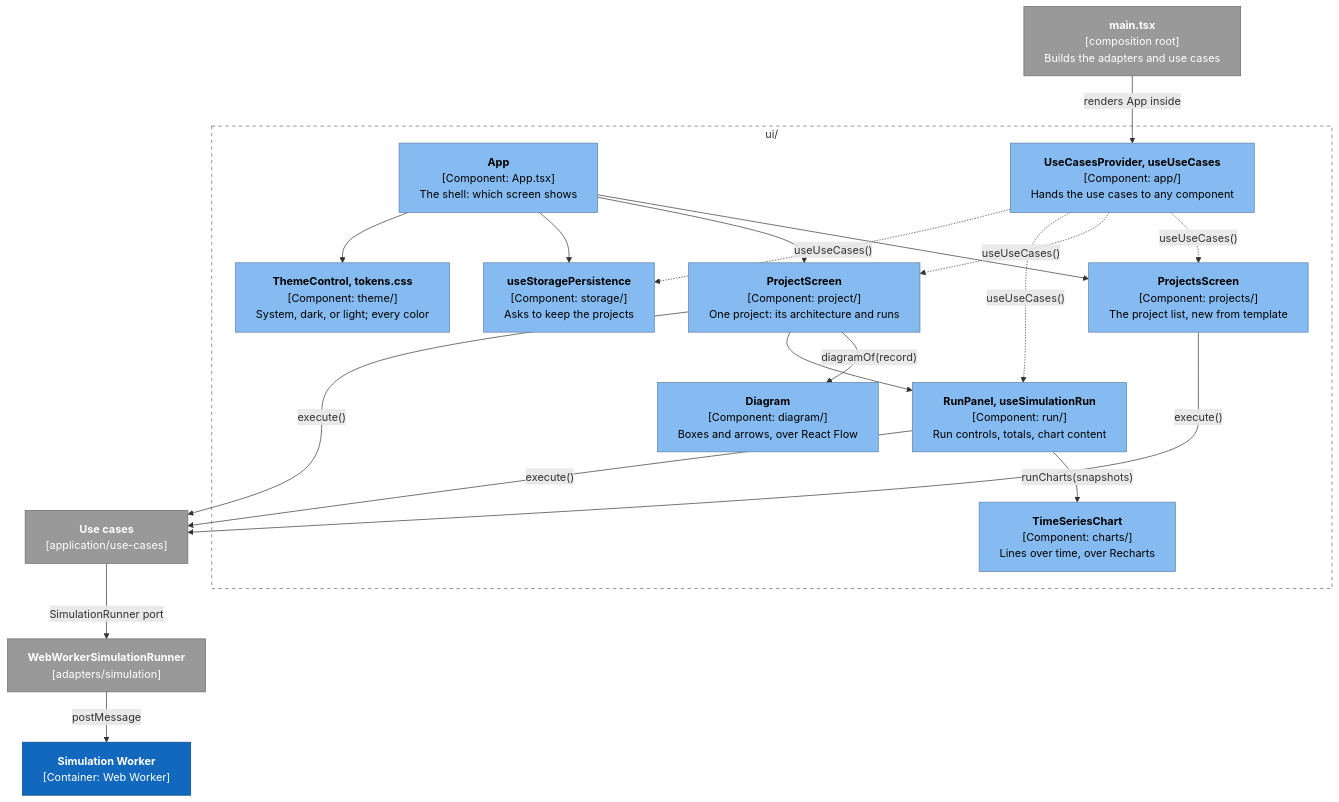
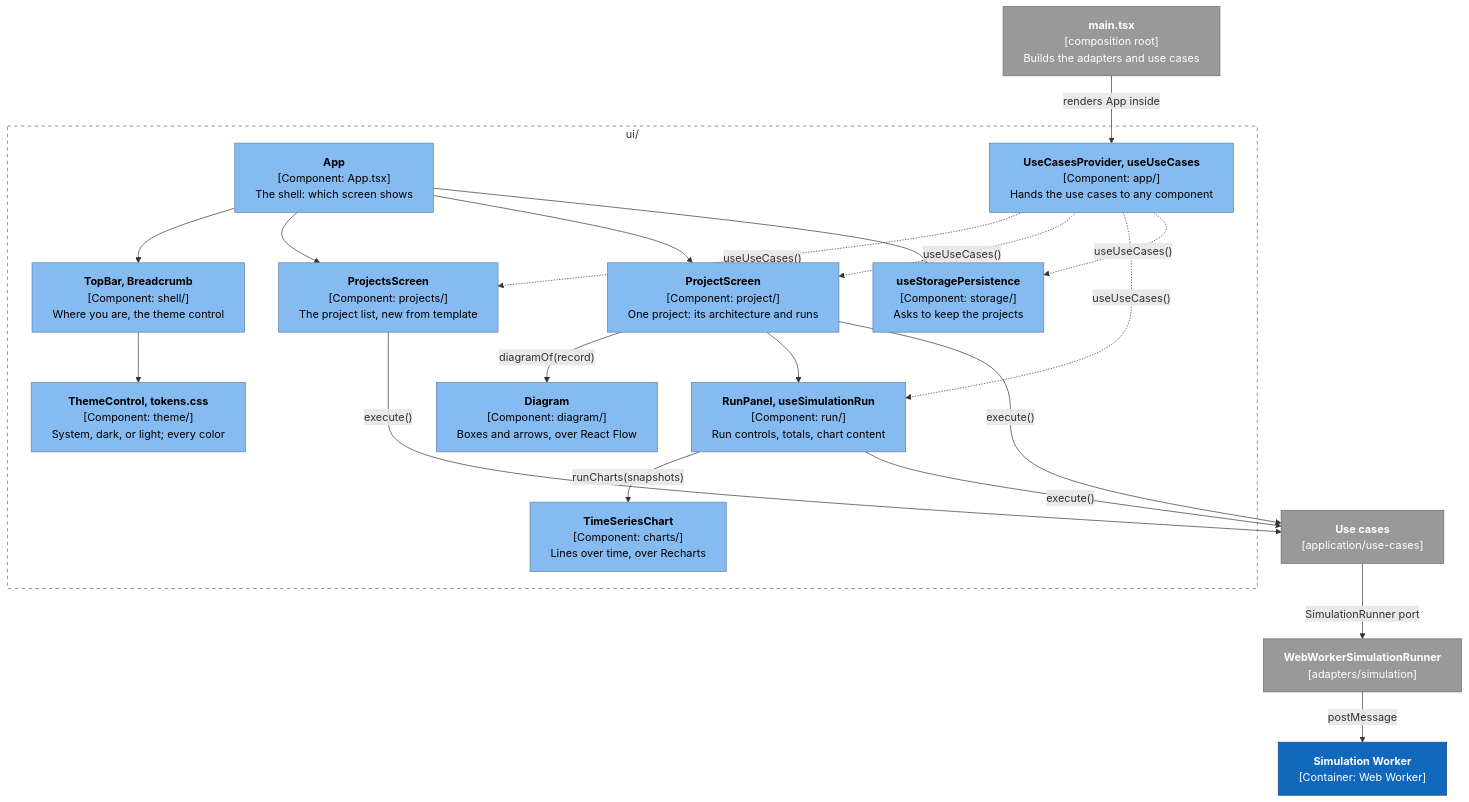
The first of 2 diagrams in docs/architecture/user-interface.md (alanbickel/wind-tunnel), drawn with Mermaid before and after one commit. The commit also changed other lines of this file and 56 other files, not shown here.

Commit message:
feat(ui): add the app shell and restyle the existing screens (#41)

````diff
--- a/docs/architecture/user-interface.md
+++ b/docs/architecture/user-interface.md
@@ -11,34 +11,36 @@
 ```mermaid
 %%{init: {"flowchart": {"wrappingWidth": 320}}}%%
 flowchart TB
     main["<b>main.tsx</b><br/>[composition root]<br/>Builds the adapters and use cases"]:::external
     subgraph ui["ui/"]
         app["<b>App</b><br/>[Component: App.tsx]<br/>The shell: which screen shows"]:::component
+        shell["<b>TopBar, Breadcrumb</b><br/>[Component: shell/]<br/>Where you are, the theme control"]:::component
         provider["<b>UseCasesProvider, useUseCases</b><br/>[Component: app/]<br/>Hands the use cases to any component"]:::component
         projects["<b>ProjectsScreen</b><br/>[Component: projects/]<br/>The project list, new from template"]:::component
         project["<b>ProjectScreen</b><br/>[Component: project/]<br/>One project: its architecture and runs"]:::component
         run["<b>RunPanel, useSimulationRun</b><br/>[Component: run/]<br/>Run controls, totals, chart content"]:::component
         storage["<b>useStoragePersistence</b><br/>[Component: storage/]<br/>Asks to keep the projects"]:::component
         theme["<b>ThemeControl, tokens.css</b><br/>[Component: theme/]<br/>System, dark, or light; every color"]:::component
         diagram["<b>Diagram</b><br/>[Component: diagram/]<br/>Boxes and arrows, over React Flow"]:::component
         charts["<b>TimeSeriesChart</b><br/>[Component: charts/]<br/>Lines over time, over Recharts"]:::component
     end
     uc["<b>Use cases</b><br/>[application/use-cases]"]:::external
     runner["<b>WebWorkerSimulationRunner</b><br/>[adapters/simulation]"]:::external
     worker["<b>Simulation Worker</b><br/>[Container: Web Worker]"]:::system
     main -->|"renders App inside"| provider
     provider -.->|"useUseCases()"| projects & project & run & storage
-    app --> projects & project & storage & theme
+    app --> shell & projects & project & storage
+    shell --> theme
     project -->|"diagramOf(record)"| diagram
     project --> run
     run -->|"runCharts(snapshots)"| charts
     projects & project & run -->|"execute()"| uc
     uc -->|"SimulationRunner port"| runner
     runner -->|"postMessage"| worker
     style ui fill:none,stroke:#666,stroke-dasharray:5 5
     classDef person fill:#08427b,stroke:#052e56,color:#fff
     classDef system fill:#1168bd,stroke:#0b4884,color:#fff
     classDef component fill:#85bbf0,stroke:#5d82a8,color:#000
     classDef external fill:#999,stroke:#6b6b6b,color:#fff
     classDef planned fill:#fff,stroke:#1168bd,color:#1168bd,stroke-dasharray:5 5
 ```
````
